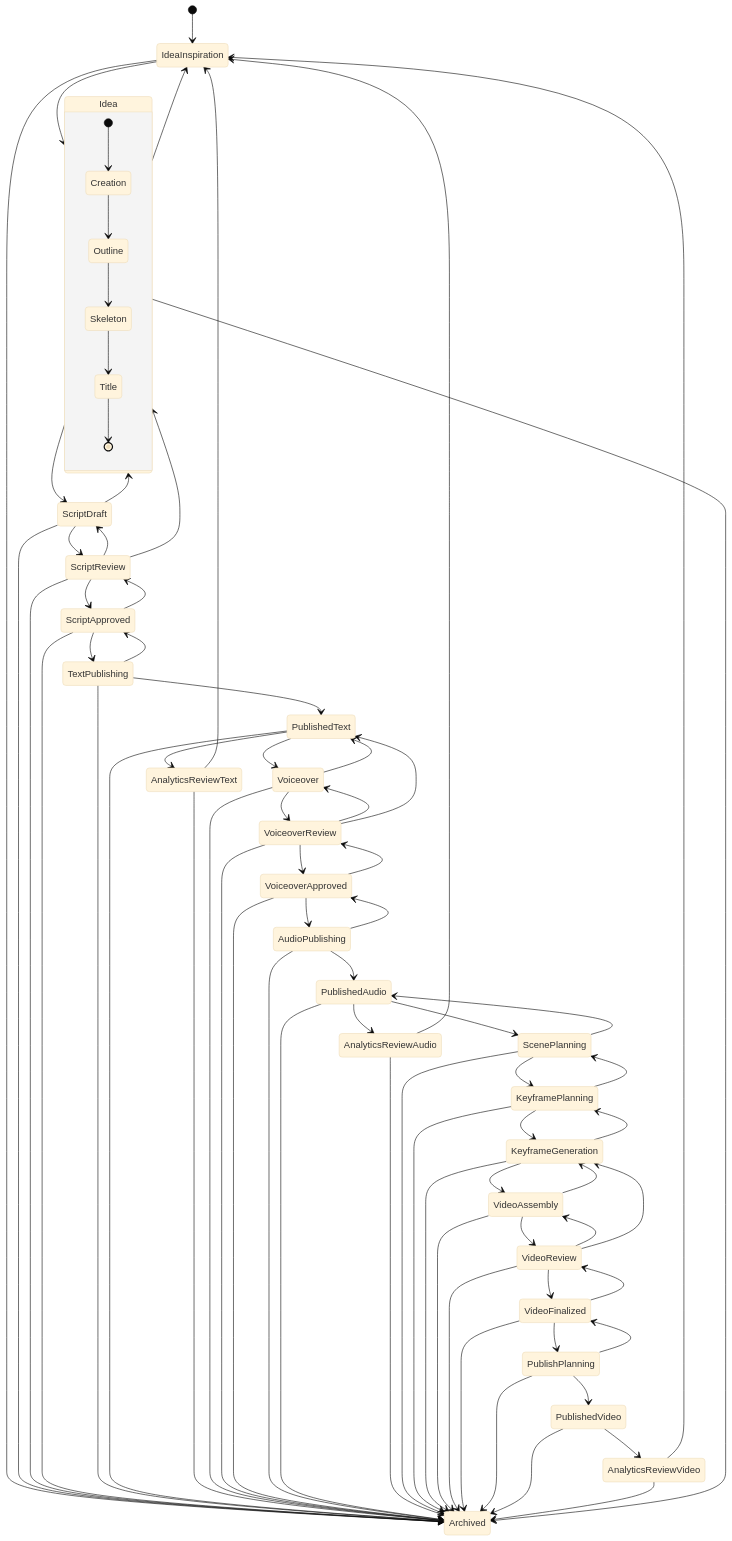
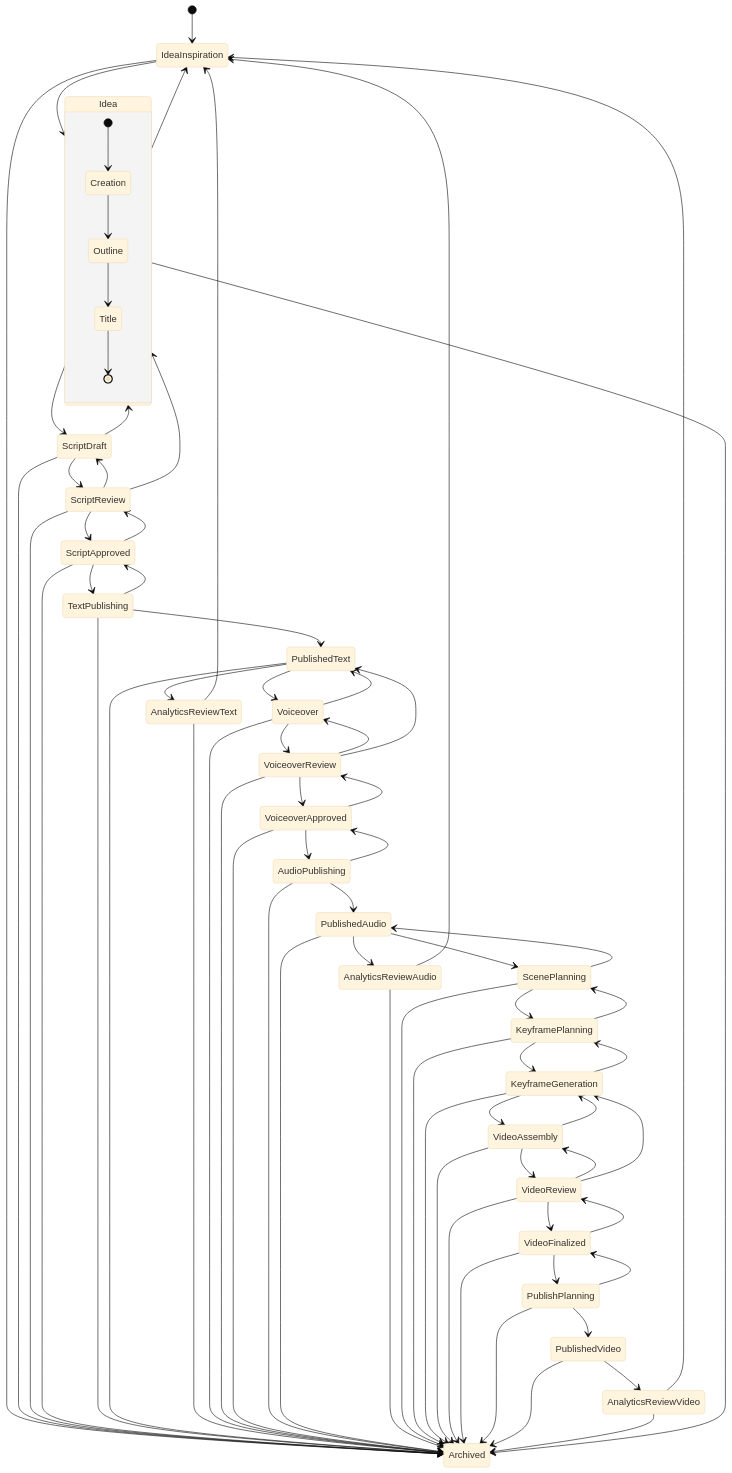
One commit to Nomoos/PrismQ changed the diagram in WORKFLOW.md. Above: the diagram before and after it, drawn with Mermaid (base theme). The commit also changed other lines of this file and 1 other file, not shown here.

```diff
--- a/WORKFLOW.md
+++ b/WORKFLOW.md
@@ -17,8 +17,7 @@
     state Idea {
         [*] --> Creation
         Creation --> Outline
-        Outline --> Skeleton
-        Skeleton --> Title
+        Outline --> Title
 
         Title --> [*]   %% Title is the final substate before exiting Idea
     }
```
